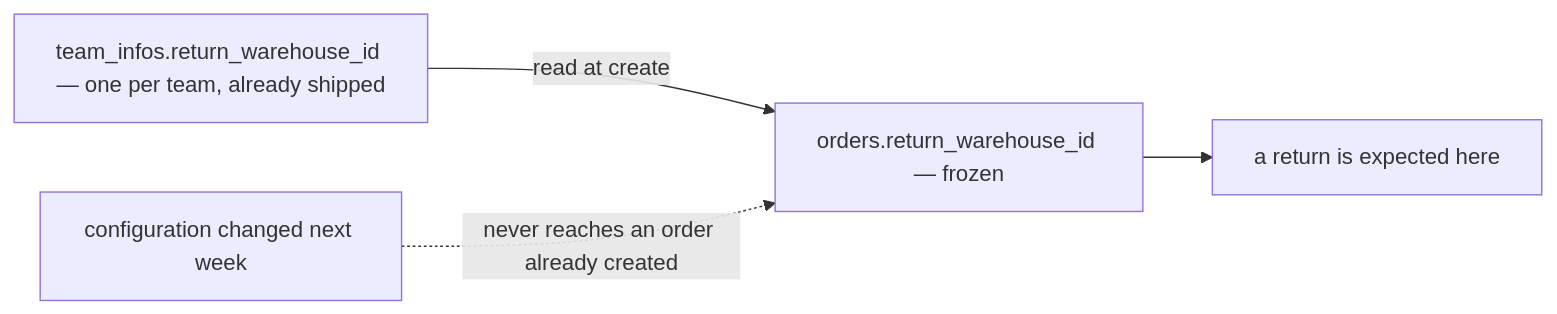
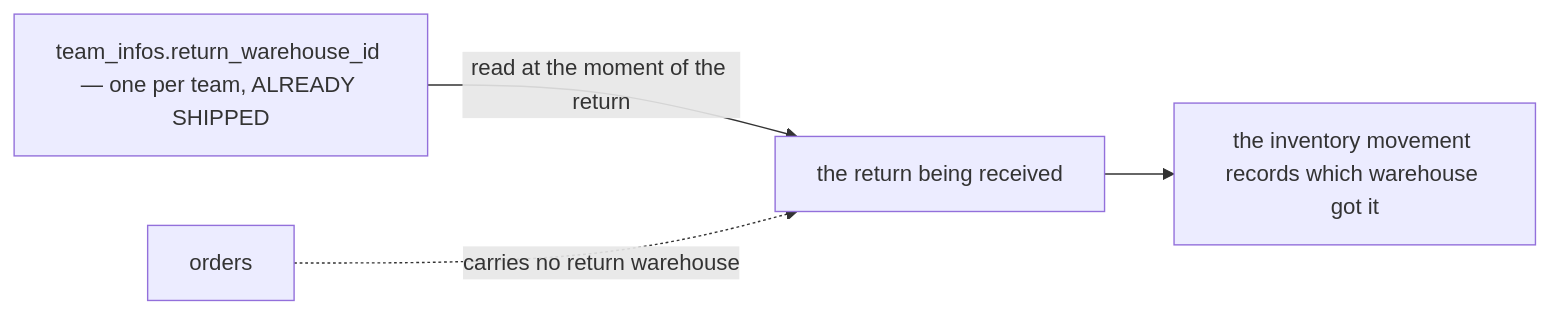
Before and after one commit to pdcgo/warehouse_revamp: the first of 4 diagrams in docs/business/order/order_return_clarify.md, drawn with Mermaid. The commit also changed other lines of this file and 5 other files, not shown here.

Commit message:
order return

````diff
--- a/docs/business/order/order_return_clarify.md
+++ b/docs/business/order/order_return_clarify.md
@@ -59,6 +89,6 @@
 ```mermaid
 flowchart LR
-  TEAM["team_infos.return_warehouse_id — one per team, already shipped"] -->|"read at create"| O["orders.return_warehouse_id — frozen"]
-  O --> R["a return is expected here"]
-  CFG["configuration changed next week"] -.->|"never reaches an order already created"| O
+  T["team_infos.return_warehouse_id — one per team, ALREADY SHIPPED"] -->|"read at the moment of the return"| R["the return being received"]
+  R --> MV["the inventory movement records which warehouse got it"]
+  O["orders"] -.->|"carries no return warehouse"| R
 ```
````
